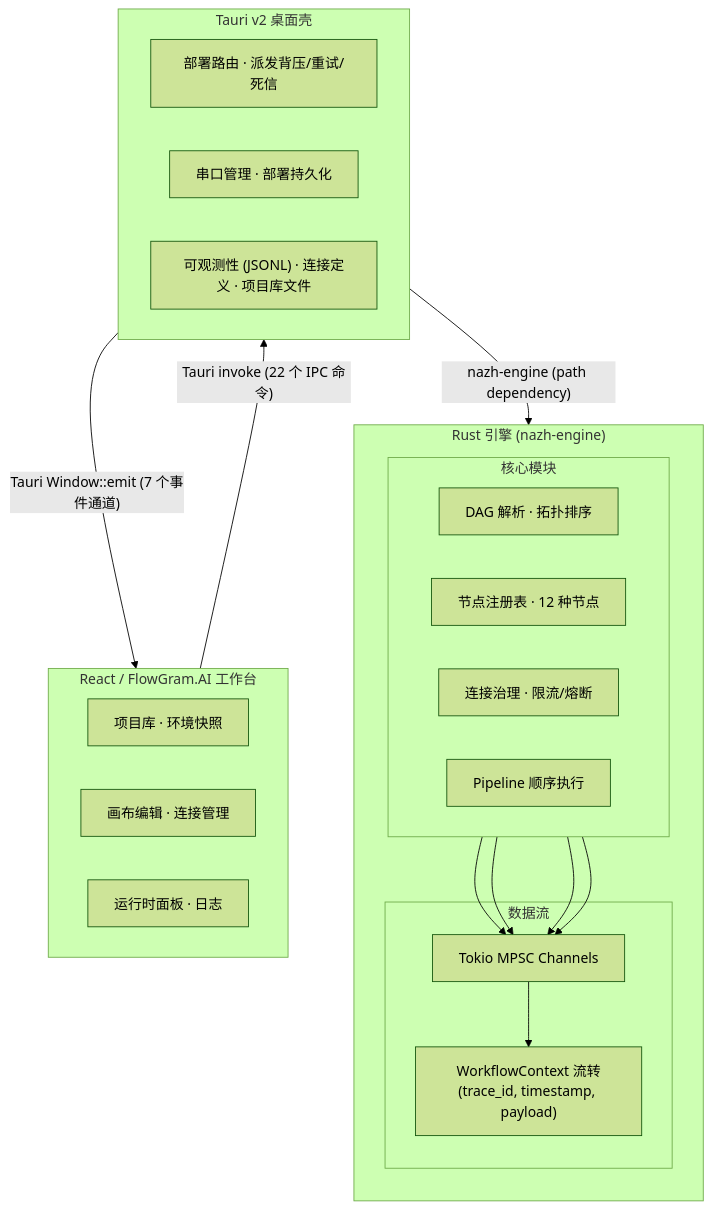
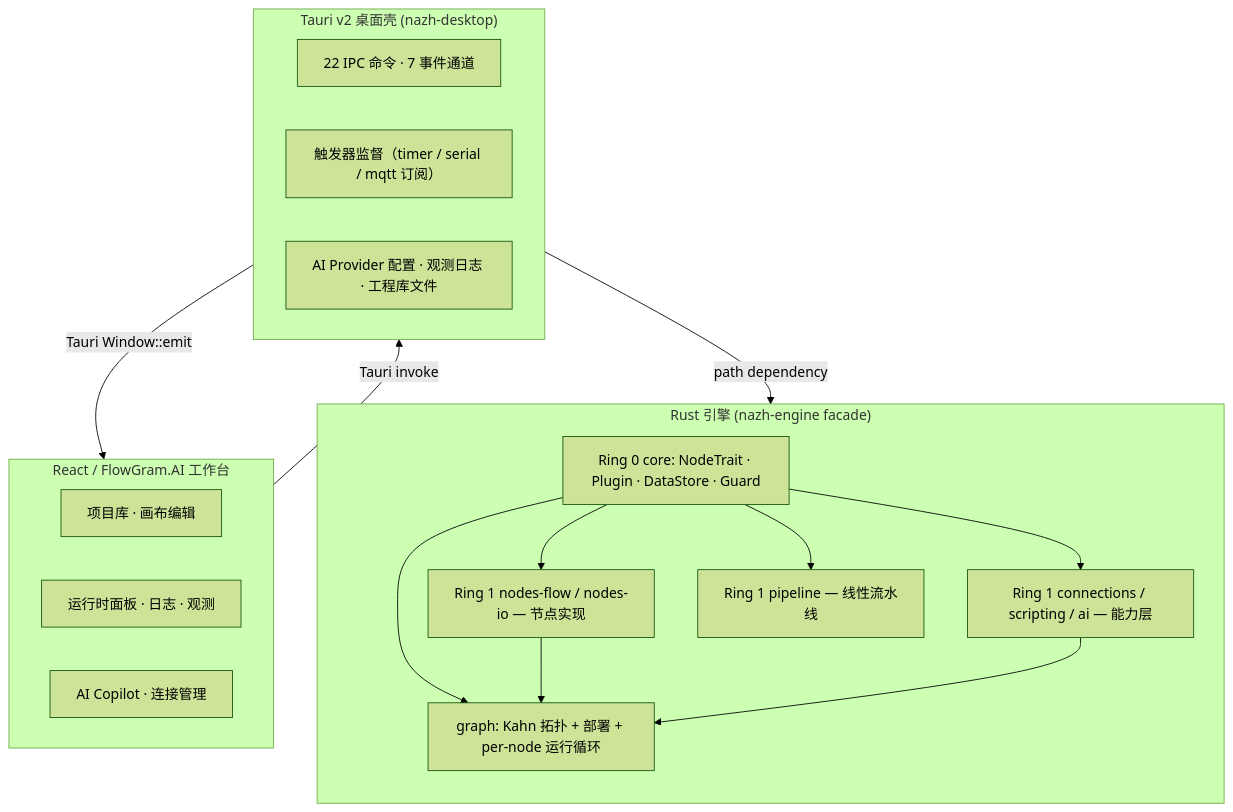
The diagram in README.md (ssXue/Nazh), drawn with Mermaid (forest theme) before and after one commit. The commit also changed other lines of this file and 71 other files, not shown here.

````diff
--- a/README.md
+++ b/README.md
@@ -53,40 +72,33 @@
 ```mermaid
 flowchart TB
     subgraph Frontend["React / FlowGram.AI 工作台"]
-        direction LR
-        F1["项目库 · 环境快照"]
-        F2["画布编辑 · 连接管理"]
-        F3["运行时面板 · 日志"]
+        F1["项目库 · 画布编辑"]
+        F2["运行时面板 · 日志 · 观测"]
+        F3["AI Copilot · 连接管理"]
     end
 
-    subgraph Shell["Tauri v2 桌面壳"]
-        direction LR
-        S1["部署路由 · 派发背压/重试/死信"]
-        S2["串口管理 · 部署持久化"]
-        S3["可观测性 (JSONL) · 连接定义 · 项目库文件"]
+    subgraph Shell["Tauri v2 桌面壳 (nazh-desktop)"]
+        S1["22 IPC 命令 · 7 事件通道"]
+        S2["触发器监督（timer / serial / mqtt 订阅）"]
+        S3["AI Provider 配置 · 观测日志 · 工程库文件"]
     end
 
-    subgraph Engine["Rust 引擎 (nazh-engine)"]
+    subgraph Engine["Rust 引擎 (nazh-engine facade)"]
         direction TB
-        subgraph Core["核心模块"]
-            direction LR
-            E1["DAG 解析 · 拓扑排序"]
-            E2["节点注册表 · 12 种节点"]
-            E3["连接治理 · 限流/熔断"]
-            E4["Pipeline 顺序执行"]
-        end
-        subgraph Flow["数据流"]
-            E5["Tokio MPSC Channels"]
-            E6["WorkflowContext 流转<br/>(trace_id, timestamp, payload)"]
-        end
-        E1 --> E5
-        E2 --> E5
-        E3 --> E5
-        E4 --> E5
-        E5 --> E6
+        C0["Ring 0 core: NodeTrait · Plugin · DataStore · Guard"]
+        C1a["Ring 1 nodes-flow / nodes-io — 节点实现"]
+        C1b["Ring 1 connections / scripting / ai — 能力层"]
+        C1c["Ring 1 pipeline — 线性流水线"]
+        G["graph: Kahn 拓扑 + 部署 + per-node 运行循环"]
+        C0 --> C1a
+        C0 --> C1b
+        C0 --> C1c
+        C0 --> G
+        C1a --> G
+        C1b --> G
     end
 
-    Frontend -- "Tauri invoke (22 个 IPC 命令)" --> Shell
-    Shell -- "Tauri Window::emit (7 个事件通道)" --> Frontend
-    Shell -- "nazh-engine (path dependency)" --> Engine
+    Frontend -- "Tauri invoke" --> Shell
+    Shell -- "Tauri Window::emit" --> Frontend
+    Shell -- "path dependency" --> Engine
 ```
````
